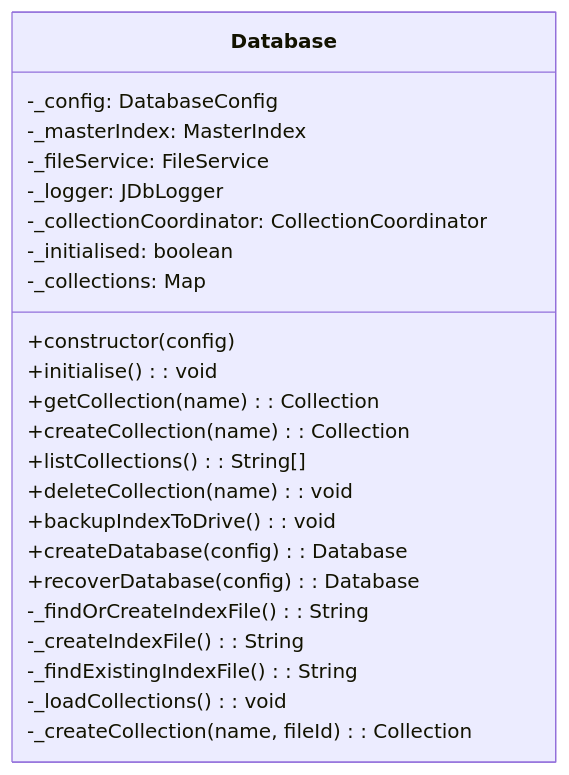
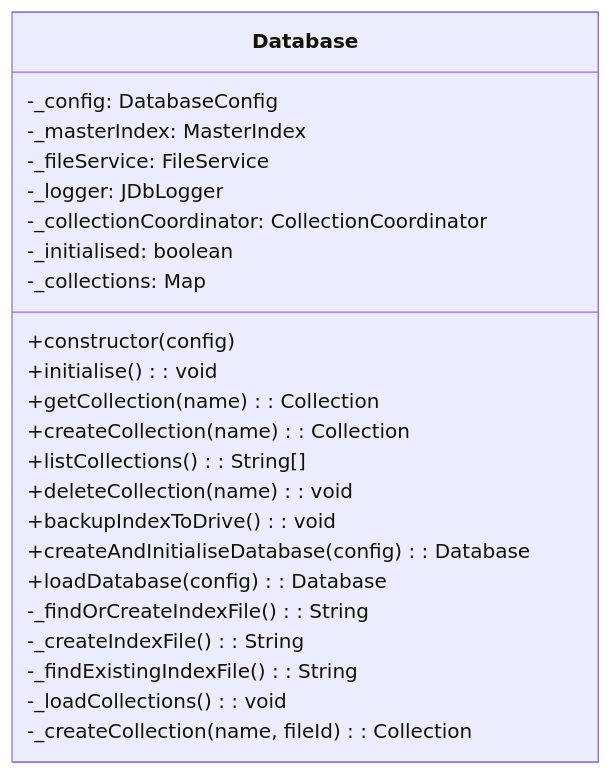
Before and after one commit to h-arnold/JsonDbApp: the first of 19 diagrams in docs/developers/Class_Diagrams.md, drawn with Mermaid. The commit also changed other lines of this file and 12 other files, not shown here.

````diff
--- a/docs/developers/Class_Diagrams.md
+++ b/docs/developers/Class_Diagrams.md
@@ -35,26 +35,26 @@
 ```mermaid
 classDiagram
     class Database {
         -_config: DatabaseConfig
         -_masterIndex: MasterIndex
         -_fileService: FileService
         -_logger: JDbLogger
         -_collectionCoordinator: CollectionCoordinator
         -_initialised: boolean
         -_collections: Map
         +constructor(config)
         +initialise(): void
         +getCollection(name): Collection
         +createCollection(name): Collection
         +listCollections(): String[]
         +deleteCollection(name): void
         +backupIndexToDrive(): void
-        +createDatabase(config): Database
-        +recoverDatabase(config): Database
+    +createAndInitialiseDatabase(config): Database
+    +loadDatabase(config): Database
         -_findOrCreateIndexFile(): String
         -_createIndexFile(): String
         -_findExistingIndexFile(): String
         -_loadCollections(): void
         -_createCollection(name, fileId): Collection
     }
 ```
````
